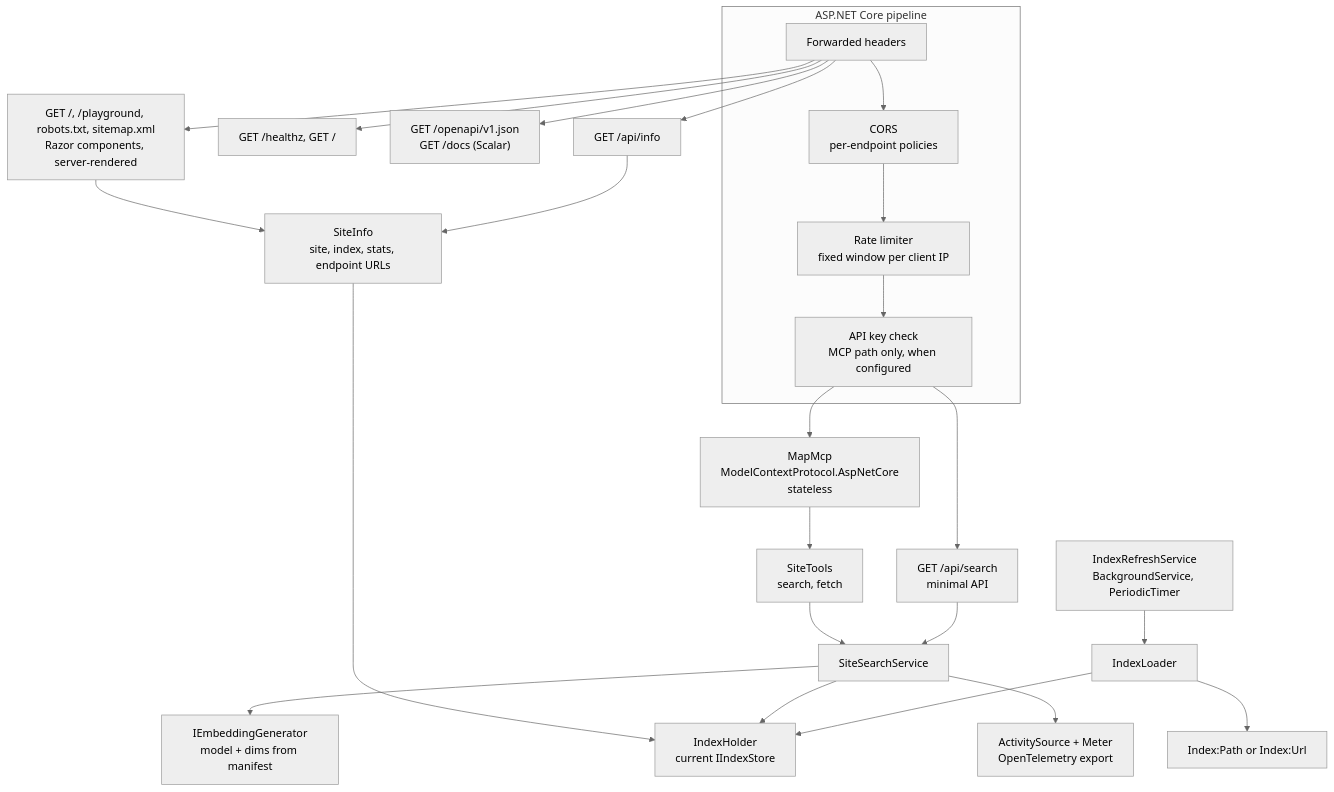
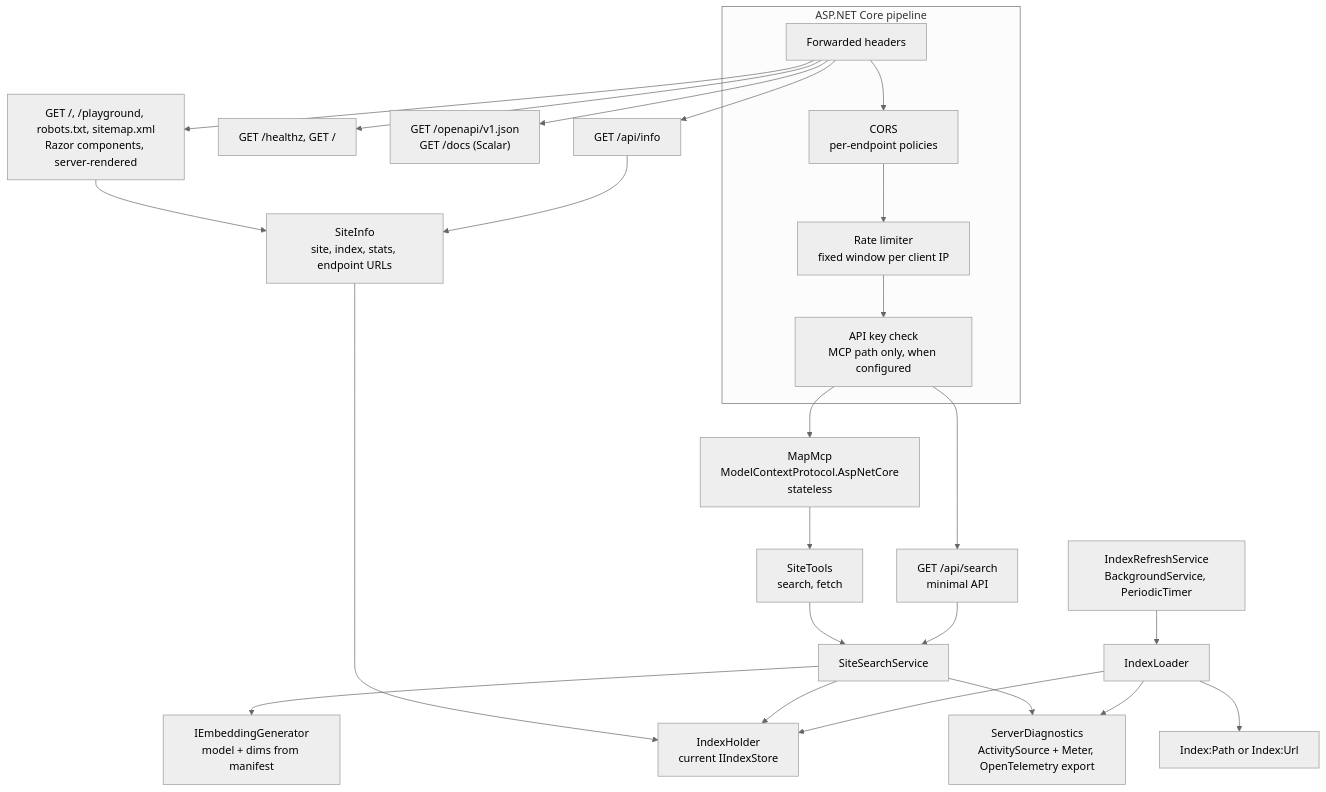
Before and after one commit to pournasserian/mcp-my-site: the ninth of 11 diagrams in docs/architecture.md, drawn with Mermaid (neutral theme). The commit also changed other lines of this file and 31 other files, not shown here.

First line of the commit message:
Add configurable logging and telemetry to the server and indexer

````diff
--- a/docs/architecture.md
+++ b/docs/architecture.md
@@ -329,25 +329,26 @@
 ```mermaid
 flowchart TB
     subgraph Pipeline["ASP.NET Core pipeline"]
         FH["Forwarded headers"] --> CORS["CORS<br/>per-endpoint policies"] --> RL["Rate limiter<br/>fixed window per client IP"] --> Key["API key check<br/>MCP path only, when configured"]
     end
     Key --> MCP["MapMcp<br/>ModelContextProtocol.AspNetCore<br/>stateless"]
     Key --> SAPI["GET /api/search<br/>minimal API"]
     FH --> H["GET /healthz, GET /"]
     FH --> Docs["GET /openapi/v1.json<br/>GET /docs (Scalar)"]
     FH --> Pages["GET /, /playground, robots.txt, sitemap.xml<br/>Razor components, server-rendered"]
     FH --> Info["GET /api/info"]
     Pages --> SI["SiteInfo<br/>site, index, stats, endpoint URLs"]
     Info --> SI
     SI --> Holder
 
     MCP --> Tools["SiteTools<br/>search, fetch"]
     Tools --> SS["SiteSearchService"]
     SAPI --> SS
     SS --> Gen["IEmbeddingGenerator<br/>model + dims from manifest"]
     SS --> Holder["IndexHolder<br/>current IIndexStore"]
     Loader["IndexLoader"] --> Holder
     Refresh["IndexRefreshService<br/>BackgroundService, PeriodicTimer"] --> Loader
     Loader --> Src["Index:Path or Index:Url"]
-    SS --> Tel["ActivitySource + Meter<br/>OpenTelemetry export"]
+    SS --> Tel["ServerDiagnostics<br/>ActivitySource + Meter, OpenTelemetry export"]
+    Loader --> Tel
 ```
````
